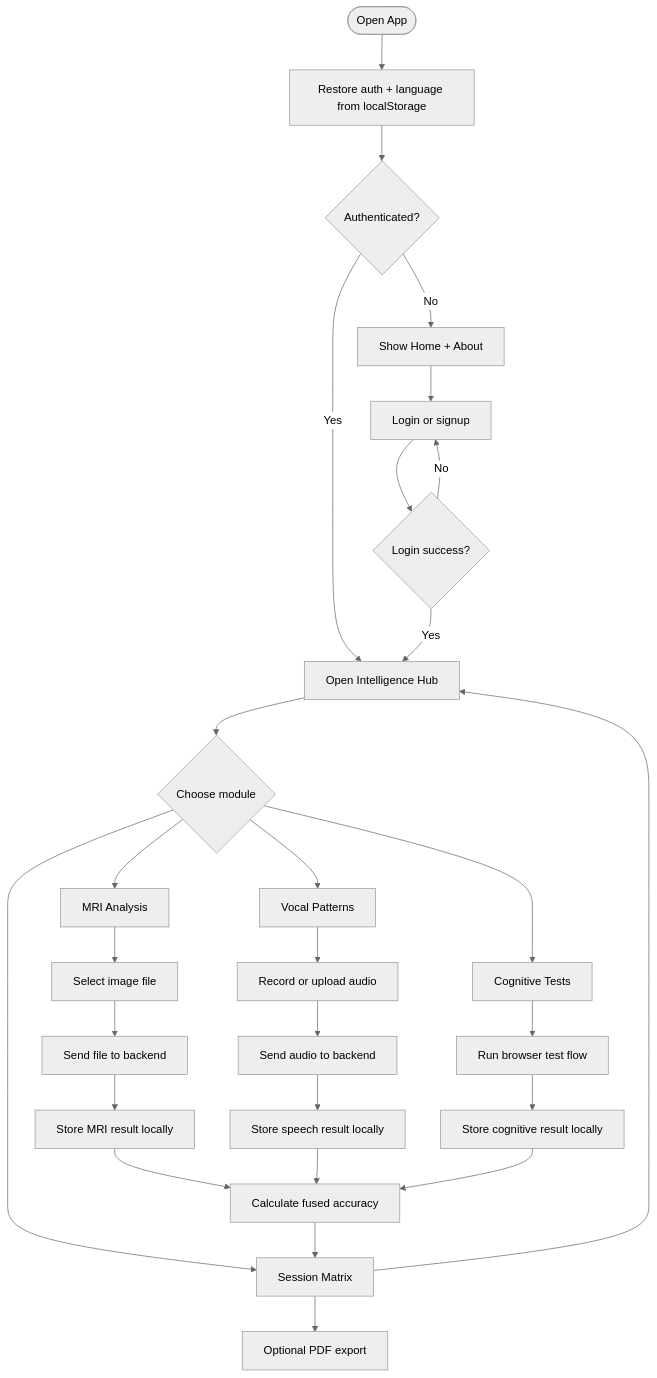
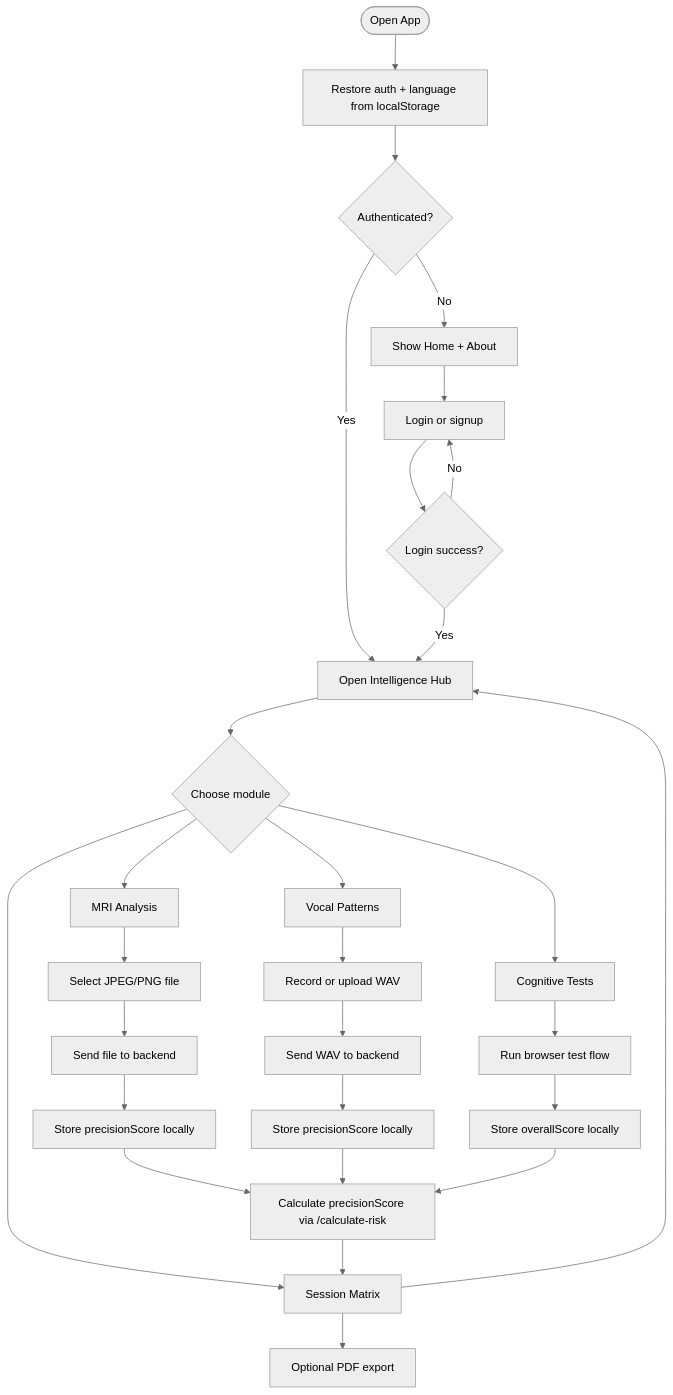
One commit to ianubhavsharma05/Neurolab changed the diagram in docs/PSEUDO_CODE_FLOWCHART.md. Above: the diagram before and after it, drawn with Mermaid (neutral theme). The commit also changed other lines of this file and 18 other files, not shown here.

````diff
--- a/docs/PSEUDO_CODE_FLOWCHART.md
+++ b/docs/PSEUDO_CODE_FLOWCHART.md
@@ -5,37 +5,37 @@
 ```mermaid
 graph TD
     Start([Open App]) --> Restore[Restore auth + language from localStorage]
     Restore --> Auth{Authenticated?}
 
     Auth -->|No| Landing[Show Home + About]
     Auth -->|Yes| Hub[Open Intelligence Hub]
 
     Landing --> Login[Login or signup]
     Login --> AuthOK{Login success?}
     AuthOK -->|No| Login
     AuthOK -->|Yes| Hub
 
     Hub --> Action{Choose module}
     Action --> MRI[MRI Analysis]
     Action --> Speech[Vocal Patterns]
     Action --> Cognitive[Cognitive Tests]
     Action --> Reports[Session Matrix]
 
-    MRI --> MRIInput[Select image file]
+    MRI --> MRIInput[Select JPEG/PNG file]
     MRIInput --> MRIUpload[Send file to backend]
-    MRIUpload --> MRIResult[Store MRI result locally]
+    MRIUpload --> MRIResult[Store precisionScore locally]
 
-    Speech --> SpeechInput[Record or upload audio]
-    SpeechInput --> SpeechUpload[Send audio to backend]
-    SpeechUpload --> SpeechResult[Store speech result locally]
+    Speech --> SpeechInput[Record or upload WAV]
+    SpeechInput --> SpeechUpload[Send WAV to backend]
+    SpeechUpload --> SpeechResult[Store precisionScore locally]
 
     Cognitive --> CognitiveFlow[Run browser test flow]
-    CognitiveFlow --> CognitiveResult[Store cognitive result locally]
+    CognitiveFlow --> CognitiveResult[Store overallScore locally]
 
-    MRIResult --> Fusion[Calculate fused accuracy]
+    MRIResult --> Fusion[Calculate precisionScore via /calculate-risk]
     SpeechResult --> Fusion
     CognitiveResult --> Fusion
     Fusion --> Reports
     Reports --> PDF[Optional PDF export]
     Reports --> Hub
 ```
````
